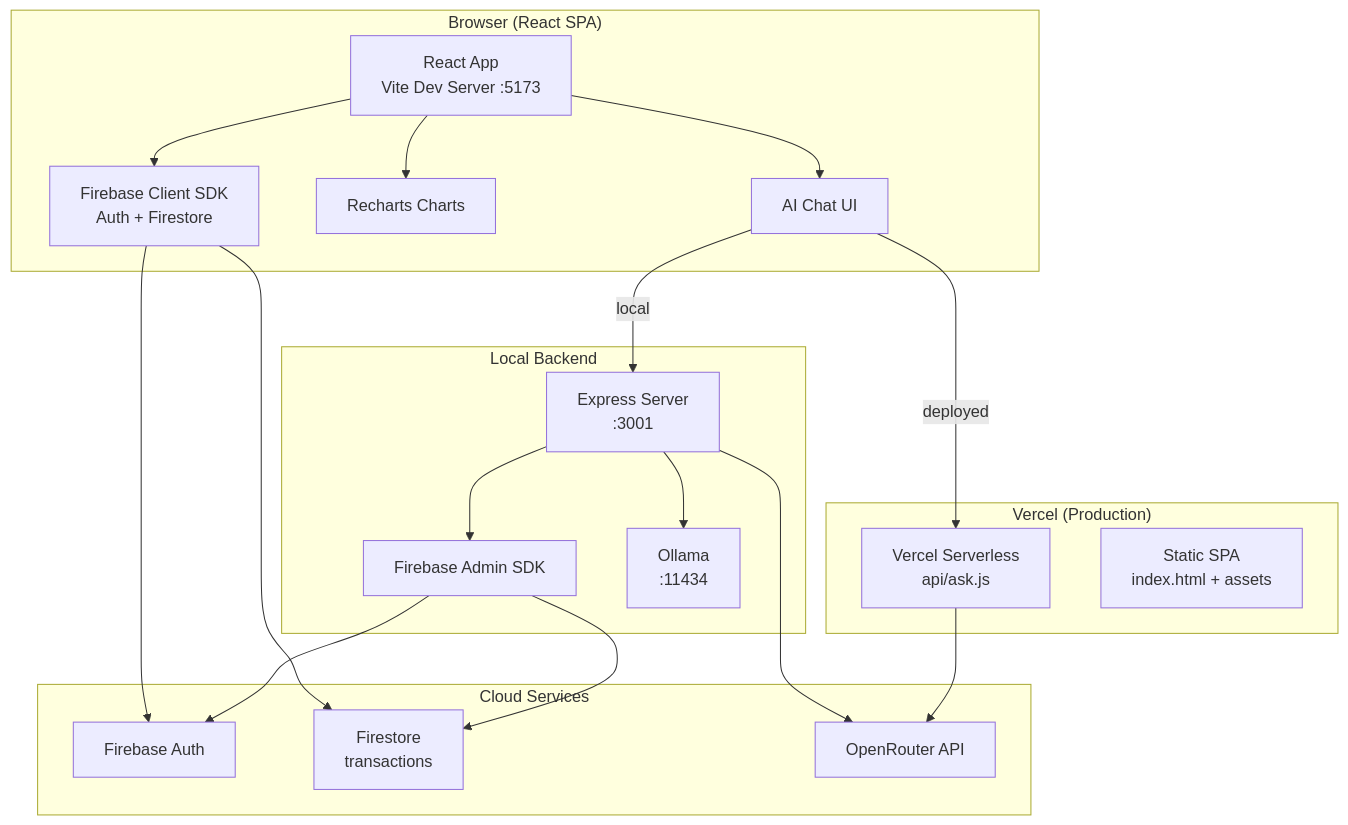
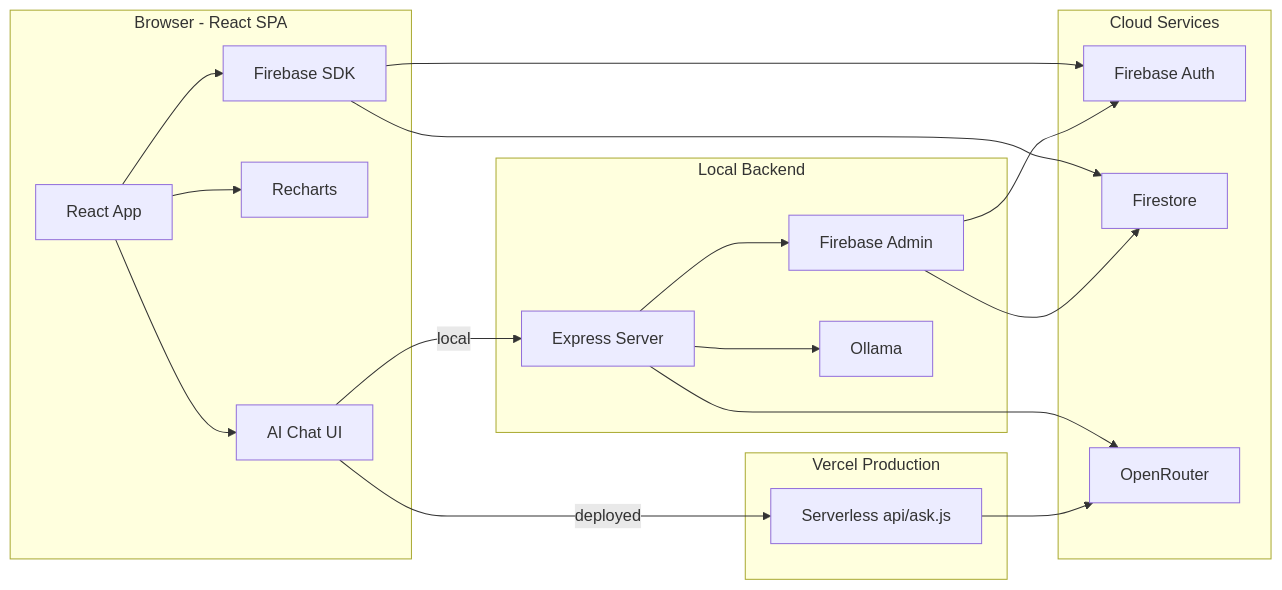
The first of 5 diagrams in README.md (DaffaFIP/FInDash-Pribadi), drawn with Mermaid before and after one commit. The commit also changed other lines of this file, not shown here.

````diff
--- a/README.md
+++ b/README.md
@@ -111,41 +111,39 @@
 ```mermaid
-graph TB
-    subgraph "Browser (React SPA)"
-        A[React App<br/>Vite Dev Server :5173]
-        B[Firebase Client SDK<br/>Auth + Firestore]
-        C[Recharts Charts]
-        D[AI Chat UI]
+flowchart LR
+    subgraph FE[Browser - React SPA]
+        A1[React App]
+        A2[Firebase SDK]
+        A3[Recharts]
+        A4[AI Chat UI]
     end
 
-    subgraph "Vercel (Production)"
-        E[Vercel Serverless<br/>api/ask.js]
-        F[Static SPA<br/>index.html + assets]
+    subgraph BE[Local Backend]
+        B1[Express Server]
+        B2[Firebase Admin]
+        B3[Ollama]
     end
 
-    subgraph "Local Backend"
-        G[Express Server<br/>:3001]
-        H[Firebase Admin SDK]
-        I[Ollama<br/>:11434]
+    subgraph Vercel[Vercel Production]
+        C1[Serverless api/ask.js]
     end
 
-    subgraph "Cloud Services"
-        J[Firebase Auth]
-        K[Firestore<br/>transactions]
-        L[OpenRouter API]
+    subgraph Cloud[Cloud Services]
+        D1[Firebase Auth]
+        D2[Firestore]
+        D3[OpenRouter]
     end
 
-    A --> B
-    B --> J
-    B --> K
-    A --> C
-    A --> D
-
-    D -->|local| G
-    D -->|deployed| E
-    G --> H
-    G --> I
-    G --> L
-    E --> L
-    H --> K
-    H --> J
+    A1 --> A2
+    A2 --> D1
+    A2 --> D2
+    A1 --> A3
+    A1 --> A4
+    A4 -- local --> B1
+    A4 -- deployed --> C1
+    B1 --> B2
+    B1 --> B3
+    B1 --> D3
+    C1 --> D3
+    B2 --> D2
+    B2 --> D1
 ```
````
